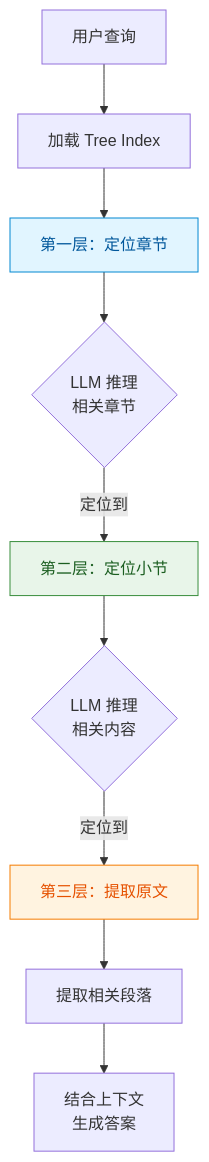
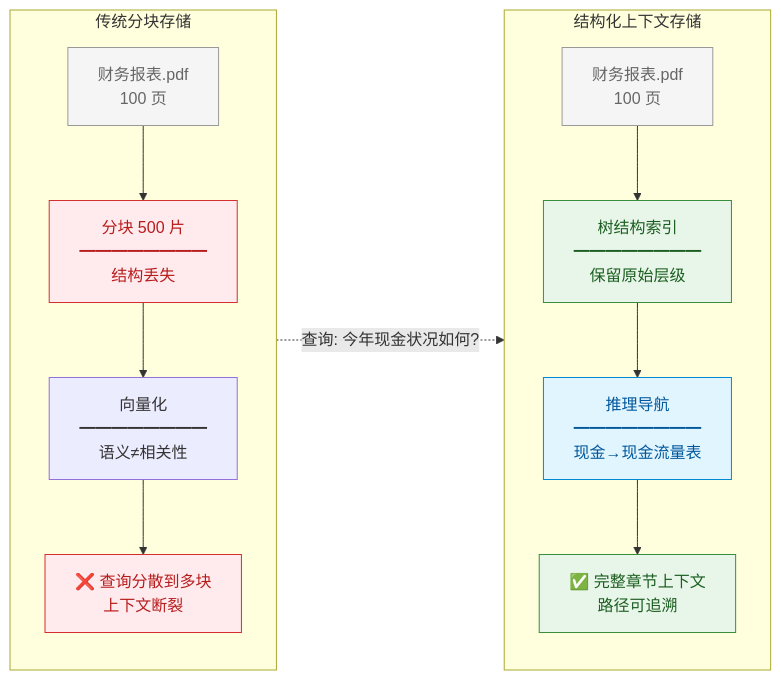
The eighth of 8 diagrams in _posts/2026-03-06-agent-design-03-context-memory-design.md (FreezeSoul/freezesoul.github.com), drawn with Mermaid before and after one commit. The commit also changed other lines of this file and 2 other files, not shown here.

````diff
--- a/_posts/2026-03-06-agent-design-03-context-memory-design.md
+++ b/_posts/2026-03-06-agent-design-03-context-memory-design.md
@@ -740,19 +346,37 @@
 ```mermaid
-flowchart TD
-    Query["用户查询"] --> Tree["加载 Tree Index"]
-    
-    Tree --> Level1["第一层：定位章节"]
-    Level1 --> Reason1{"LLM 推理<br/>相关章节"}
-    
-    Reason1 -->|定位到| Level2["第二层：定位小节"]
-    Level2 --> Reason2{"LLM 推理<br/>相关内容"}
-    
-    Reason2 -->|定位到| Level3["第三层：提取原文"]
-    Level3 --> Extract["提取相关段落"]
-    
-    Extract --> Answer["结合上下文<br/>生成答案"]
-    
-    style Level1 fill:#e1f5ff,stroke:#0288d1,color:#01579b
-    style Level2 fill:#e8f5e9,stroke:#388e3c,color:#1b5e20
-    style Level3 fill:#fff3e0,stroke:#f57c00,color:#e65100
+flowchart LR
+    subgraph Traditional["传统分块存储"]
+        direction TB
+        Doc1["财务报表.pdf<br/>100 页"]
+        Chunk1["分块 500 片<br/>━━━━━━━━<br/>结构丢失"]
+        V1["向量化<br/>━━━━━━━━<br/>语义≠相关性"]
+        Result1["❌ 查询分散到多块<br/>上下文断裂"]
+
+        Doc1 --> Chunk1
+        Chunk1 --> V1
+        V1 --> Result1
+
+        style Doc1 fill:#f5f5f5,stroke:#999,color:#666
+        style Chunk1 fill:#ffebee,stroke:#d32f2f,color:#b71c1c
+        style Result1 fill:#ffebee,stroke:#d32f2f,color:#b71c1c
+    end
+
+    subgraph PageIndex["结构化上下文存储"]
+        direction TB
+        Doc2["财务报表.pdf<br/>100 页"]
+        Tree1["树结构索引<br/>━━━━━━━━<br/>保留原始层级"]
+        Reason1["推理导航<br/>━━━━━━━━<br/>现金→现金流量表"]
+        Result2["✅ 完整章节上下文<br/>路径可追溯"]
+
+        Doc2 --> Tree1
+        Tree1 --> Reason1
+        Reason1 --> Result2
+
+        style Doc2 fill:#f5f5f5,stroke:#999,color:#666
+        style Tree1 fill:#e8f5e9,stroke:#388e3c,color:#1b5e20
+        style Reason1 fill:#e1f5ff,stroke:#0288d1,color:#01579b
+        style Result2 fill:#e8f5e9,stroke:#388e3c,color:#1b5e20
+    end
+
+    Traditional -.->|"查询: 今年现金状况如何?"| PageIndex
 ```
````
